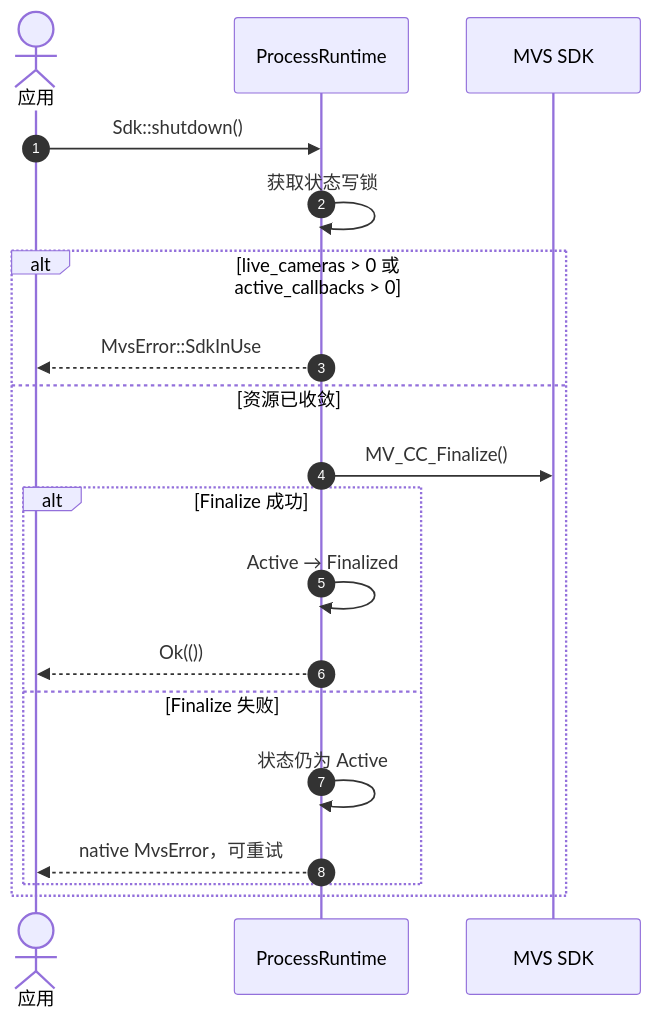
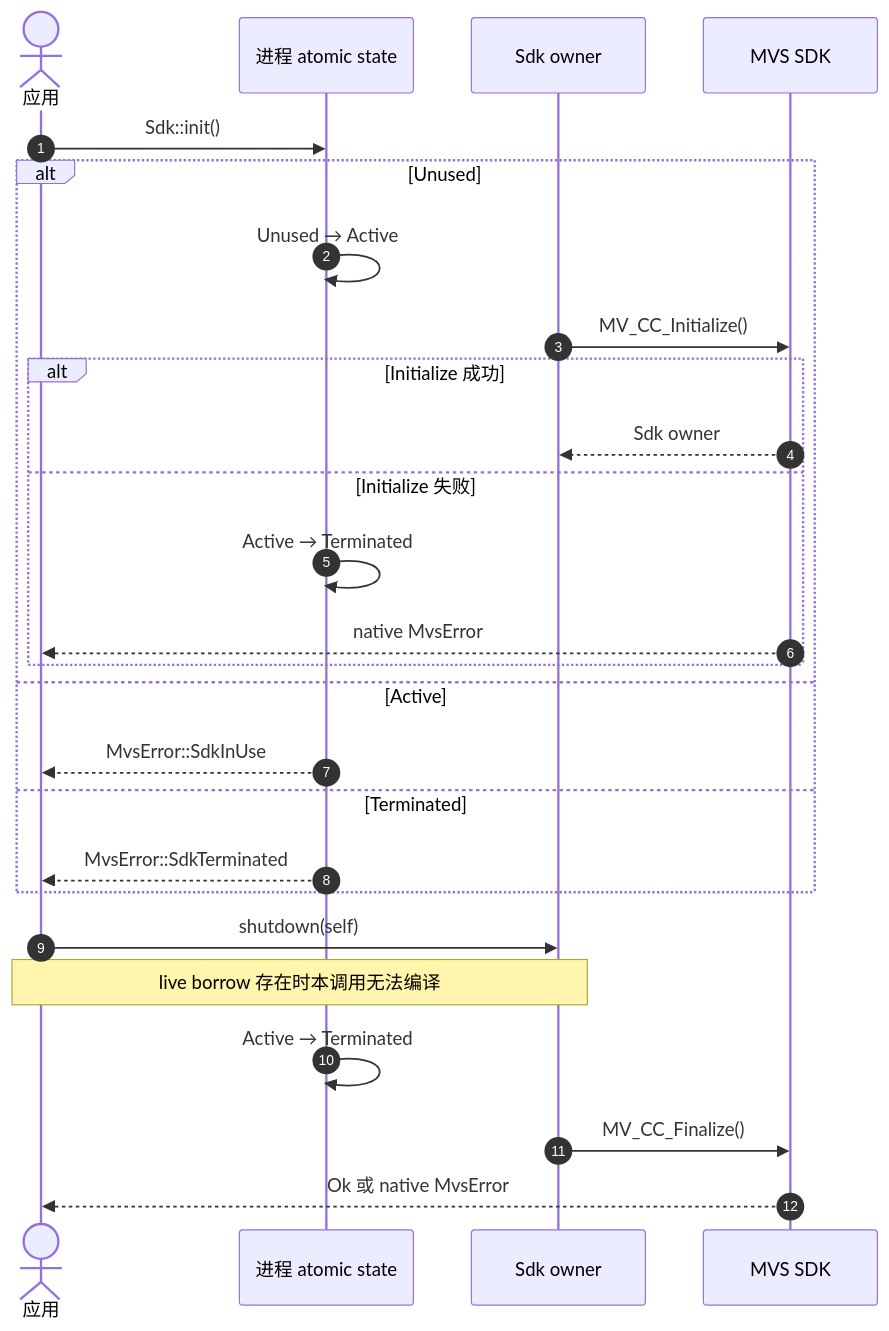
Before and after one commit to JSB-Unscarred/mvs-sdk-rs: the diagram in 时序图/Sdk-shutdown的终态约束.md, drawn with Mermaid. The commit also changed other lines of this file and 22 other files, not shown here.

````diff
--- a/时序图/Sdk-shutdown的终态约束.md
+++ b/时序图/Sdk-shutdown的终态约束.md
@@ -6,22 +6,30 @@
 ```mermaid
 sequenceDiagram
     autonumber
     actor App as 应用
-    participant Runtime as ProcessRuntime
+    participant State as 进程 atomic state
+    participant Sdk as Sdk owner
     participant Native as MVS SDK
 
-    App->>Runtime: Sdk::shutdown()
-    Runtime->>Runtime: 获取状态写锁
-    alt live_cameras > 0 或 active_callbacks > 0
-        Runtime-->>App: MvsError::SdkInUse
-    else 资源已收敛
-        Runtime->>Native: MV_CC_Finalize()
-        alt Finalize 成功
-            Runtime->>Runtime: Active → Finalized
-            Runtime-->>App: Ok(())
-        else Finalize 失败
-            Runtime->>Runtime: 状态仍为 Active
-            Runtime-->>App: native MvsError，可重试
+    App->>State: Sdk::init()
+    alt Unused
+        State->>State: Unused → Active
+        Sdk->>Native: MV_CC_Initialize()
+        alt Initialize 成功
+            Native-->>Sdk: Sdk owner
+        else Initialize 失败
+            State->>State: Active → Terminated
+            Native-->>App: native MvsError
         end
+    else Active
+        State-->>App: MvsError::SdkInUse
+    else Terminated
+        State-->>App: MvsError::SdkTerminated
     end
+
+    App->>Sdk: shutdown(self)
+    Note over App,Sdk: live borrow 存在时本调用无法编译
+    State->>State: Active → Terminated
+    Sdk->>Native: MV_CC_Finalize()
+    Native-->>App: Ok 或 native MvsError
 ```
````
